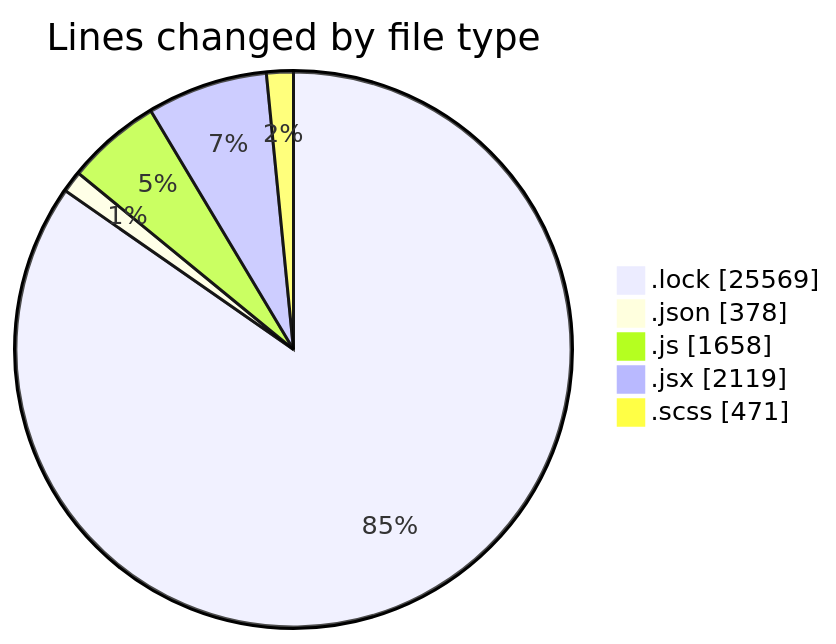
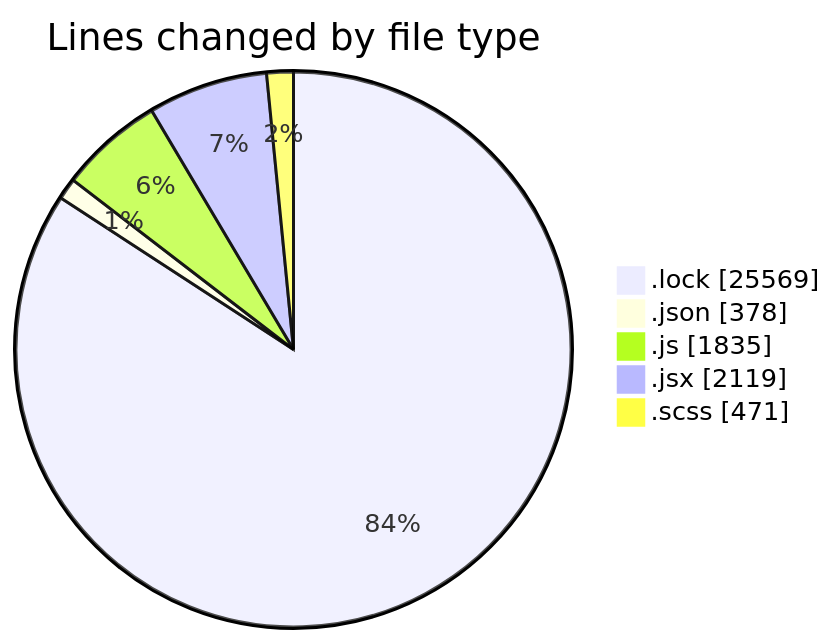
One commit to momahboobian/code-tracking changed the first of 2 diagrams in 2026-01-07/cda/README.md. Above: the diagram before and after it, drawn with Mermaid. The commit also changed other lines of this file and 1 other file, not shown here.

````diff
--- a/2026-01-07/cda/README.md
+++ b/2026-01-07/cda/README.md
@@ -50,9 +51,9 @@
 ```mermaid
 pie showData
 title Lines changed by file type
 ".lock" : 25569
 ".json" : 378
-".js" : 1658
+".js" : 1835
 ".jsx" : 2119
 ".scss" : 471
 ```
````
